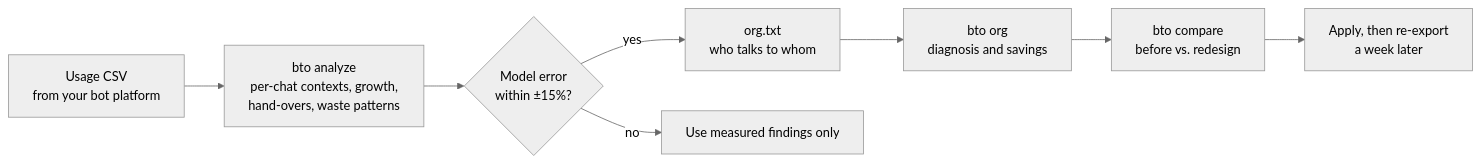
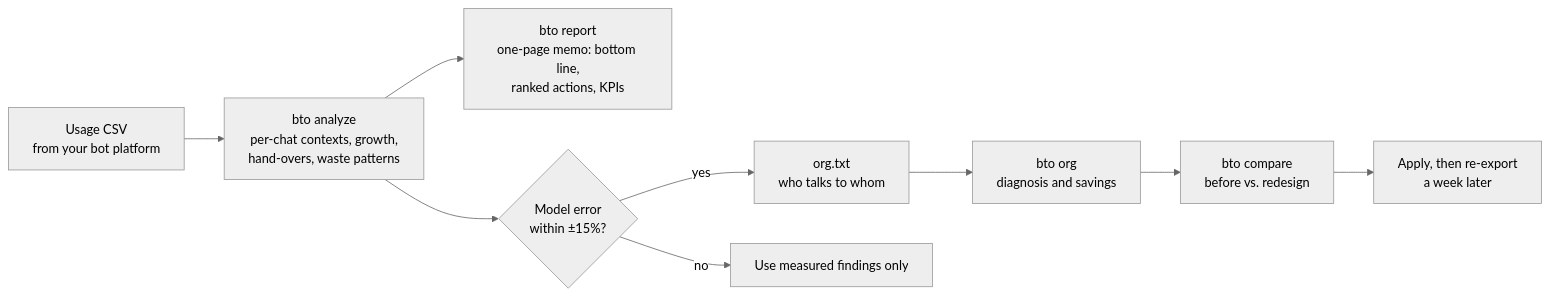
One commit to EndeavorYen/bot-token-optimizer changed the diagram in README.md. Above: the diagram before and after it, drawn with Mermaid (neutral theme). The commit also changed other lines of this file and 21 other files, not shown here.

First line of the commit message:
Add consultant layer: bto report memo, bto trend, advisor playbook

````diff
--- a/README.md
+++ b/README.md
@@ -177,10 +177,11 @@
 ```mermaid
 flowchart LR
     A[Usage CSV<br/>from your bot platform] --> B[bto analyze<br/>per-chat contexts, growth,<br/>hand-overs, waste patterns]
+    B --> R[bto report<br/>one-page memo: bottom line,<br/>ranked actions, KPIs]
     B --> C{Model error<br/>within ±15%?}
     C -- yes --> D[org.txt<br/>who talks to whom]
     C -- no --> E[Use measured findings only]
     D --> F[bto org<br/>diagnosis and savings]
     F --> G[bto compare<br/>before vs. redesign]
     G --> H[Apply, then re-export<br/>a week later]
 ```
````
